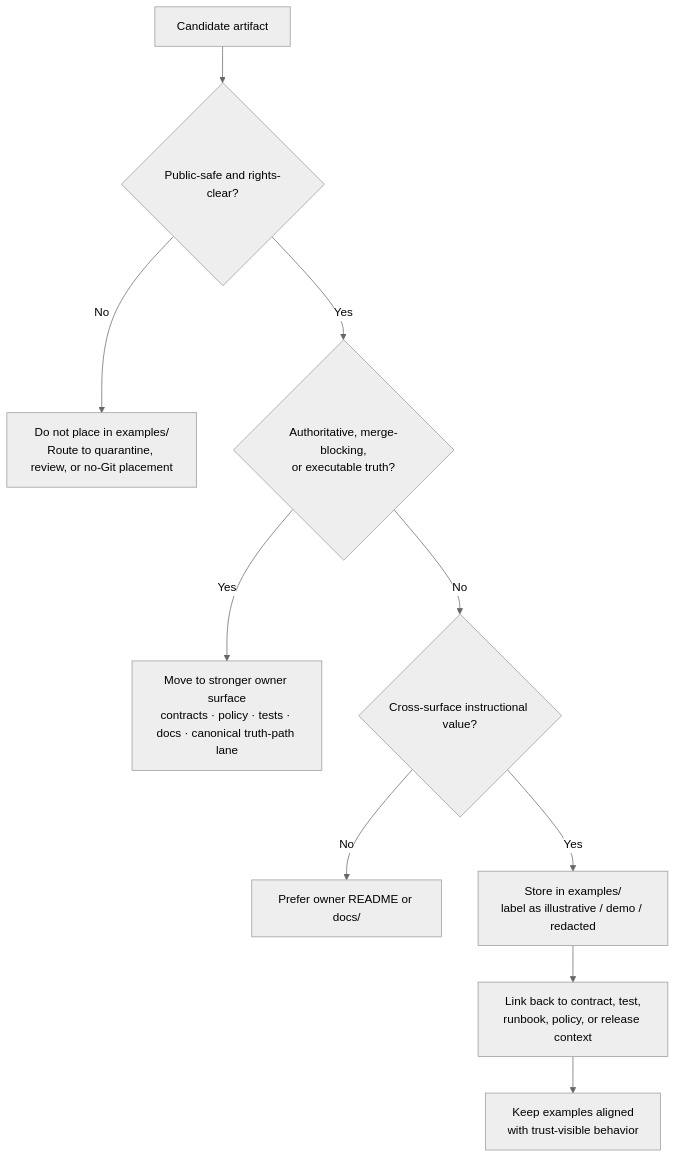
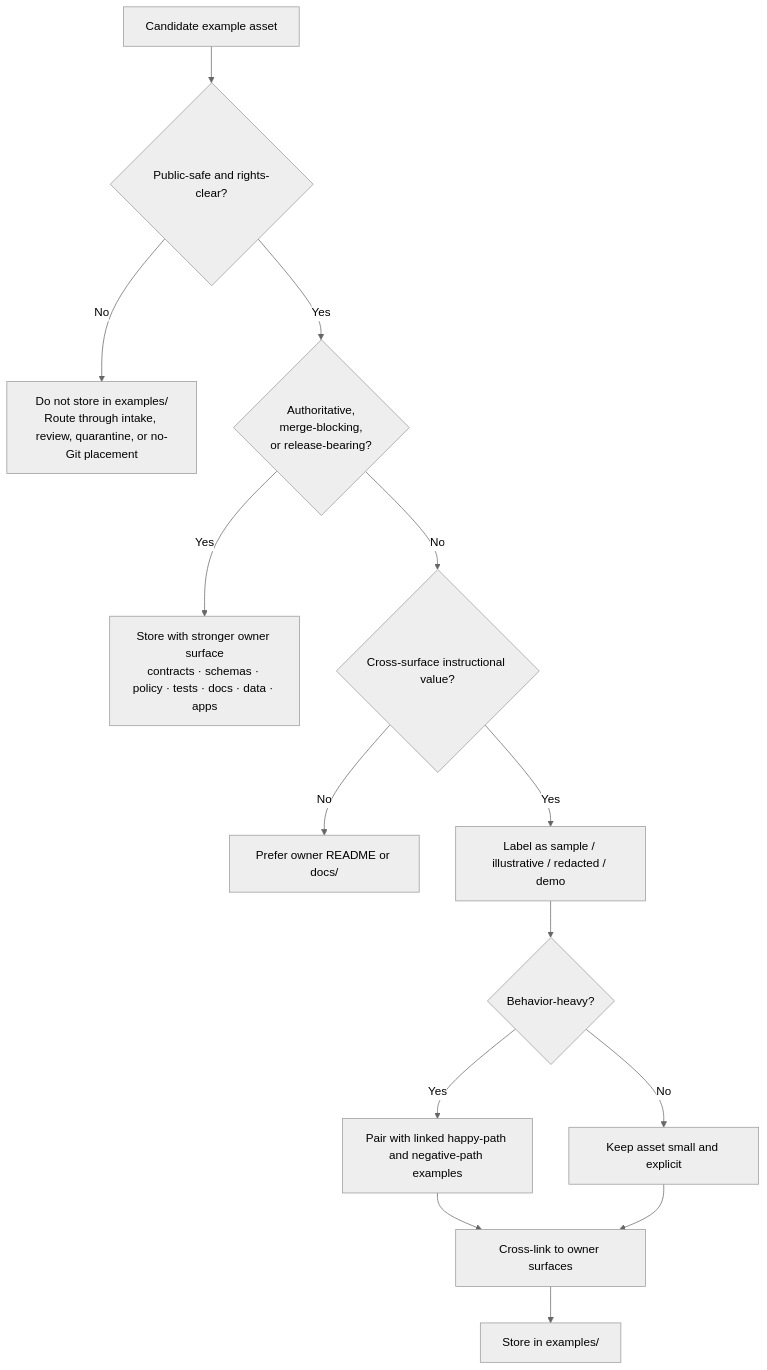
Before and after one commit to bartytime4life/Kansas-Frontier-Matrix: the diagram in examples/README.md, drawn with Mermaid (neutral theme). The commit also changed other lines of this file, not shown here.

First line of the commit message:
Revise README.md for ownership and policy updates

````diff
--- a/examples/README.md
+++ b/examples/README.md
@@ -330,12 +273,16 @@
 ```mermaid
 flowchart TD
-    A[Candidate artifact] --> B{Public-safe and rights-clear?}
-    B -- No --> X[Do not place in examples/<br/>Route to quarantine, review, or no-Git placement]
-    B -- Yes --> C{Authoritative, merge-blocking,<br/>or executable truth?}
-    C -- Yes --> D[Move to stronger owner surface<br/>contracts · policy · tests · docs · canonical truth-path lane]
-    C -- No --> E{Cross-surface instructional value?}
-    E -- No --> F[Prefer owner README or docs/]
-    E -- Yes --> G[Store in examples/<br/>label as illustrative / demo / redacted]
-    G --> H[Link back to contract, test,<br/>runbook, policy, or release context]
-    H --> I[Keep examples aligned<br/>with trust-visible behavior]
+    A[Candidate example asset] --> B{Public-safe and rights-clear?}
+    B -- No --> X[Do not store in examples/<br/>Route through intake, review, quarantine, or no-Git placement]
+    B -- Yes --> C{Authoritative,<br/>merge-blocking,<br/>or release-bearing?}
+    C -- Yes --> Y[Store with stronger owner surface<br/>contracts · schemas · policy · tests · docs · data · apps]
+    C -- No --> D{Cross-surface instructional value?}
+    D -- No --> E[Prefer owner README or docs/]
+    D -- Yes --> F[Label as sample / illustrative / redacted / demo]
+    F --> G{Behavior-heavy?}
+    G -- Yes --> H[Pair with linked happy-path and negative-path examples]
+    G -- No --> I[Keep asset small and explicit]
+    H --> J[Cross-link to owner surfaces]
+    I --> J
+    J --> K[Store in examples/]
 ```
````
